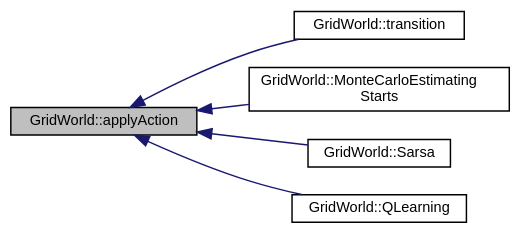
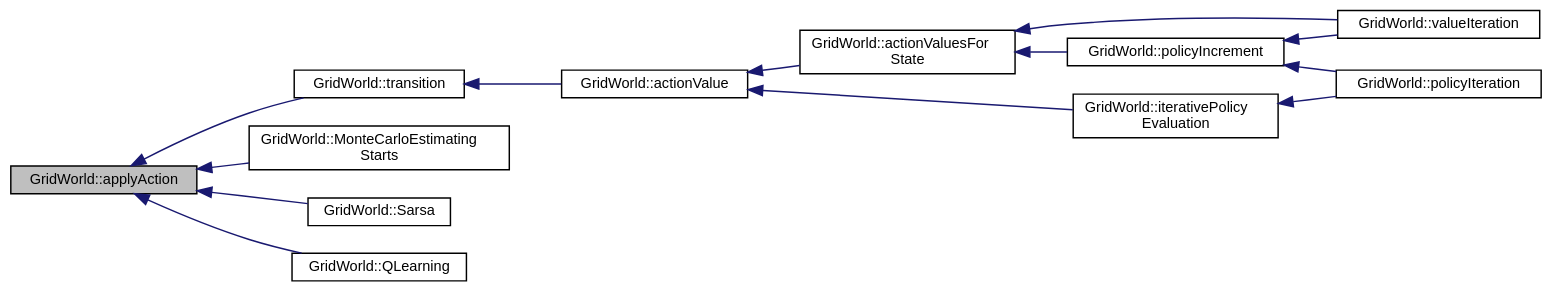
The diagram in docs/classGridWorld_aee5066a1ae4ad067c4ac846c6ed15dea_icgraph.dot (douglasrizzo/machine_learning), drawn with Graphviz before and after one commit. The commit also changed 393 other files, not shown here.

```diff
--- a/docs/classGridWorld_aee5066a1ae4ad067c4ac846c6ed15dea_icgraph.dot
+++ b/docs/classGridWorld_aee5066a1ae4ad067c4ac846c6ed15dea_icgraph.dot
@@ -1,16 +1,30 @@
 digraph "GridWorld::applyAction"
 {
   bgcolor="transparent";
   edge [fontname="Helvetica",fontsize="10",labelfontname="Helvetica",labelfontsize="10"];
   node [fontname="Helvetica",fontsize="10",shape=record];
   rankdir="LR";
-  Node6 [label="GridWorld::applyAction",height=0.2,width=0.4,color="black", fillcolor="grey75", style="filled", fontcolor="black"];
-  Node6 -> Node7 [dir="back",color="midnightblue",fontsize="10",style="solid",fontname="Helvetica"];
-  Node7 [label="GridWorld::transition",height=0.2,width=0.4,color="black",URL="$classGridWorld.html#aaf8d964cddf2d838737d0707481ad792",tooltip="Returns the transition probability to nextState, given currentState and action "];
-  Node6 -> Node8 [dir="back",color="midnightblue",fontsize="10",style="solid",fontname="Helvetica"];
-  Node8 [label="GridWorld::MonteCarloEstimating\lStarts",height=0.2,width=0.4,color="black",URL="$classGridWorld.html#a03586ebfa410ea0617103c70ce5b08cb",tooltip="Monte Carlo Estimating Starts algorithm for finding an optimal policy. "];
-  Node6 -> Node9 [dir="back",color="midnightblue",fontsize="10",style="solid",fontname="Helvetica"];
-  Node9 [label="GridWorld::Sarsa",height=0.2,width=0.4,color="black",URL="$classGridWorld.html#ad1c7b6d4e864ef8e8aca9163c2d8cd86",tooltip="Temporal difference method for finding the optimal policy using SARSA. "];
-  Node6 -> Node10 [dir="back",color="midnightblue",fontsize="10",style="solid",fontname="Helvetica"];
-  Node10 [label="GridWorld::QLearning",height=0.2,width=0.4,color="black",URL="$classGridWorld.html#abdbd7b78344fe0db7dbdd4f55d8ace70",tooltip="Temporal difference method for finding the optimal policy using Q-Learning. "];
+  Node26 [label="GridWorld::applyAction",height=0.2,width=0.4,color="black", fillcolor="grey75", style="filled", fontcolor="black"];
+  Node26 -> Node27 [dir="back",color="midnightblue",fontsize="10",style="solid",fontname="Helvetica"];
+  Node27 [label="GridWorld::transition",height=0.2,width=0.4,color="black",URL="$classGridWorld.html#aaf8d964cddf2d838737d0707481ad792",tooltip="Returns the transition probability to nextState, given currentState and action "];
+  Node27 -> Node28 [dir="back",color="midnightblue",fontsize="10",style="solid",fontname="Helvetica"];
+  Node28 [label="GridWorld::actionValue",height=0.2,width=0.4,color="black",URL="$classGridWorld.html#afb39acf3fcb5c3f62adea9668a035445",tooltip="Gets the q value of action a on state s "];
+  Node28 -> Node29 [dir="back",color="midnightblue",fontsize="10",style="solid",fontname="Helvetica"];
+  Node29 [label="GridWorld::actionValuesFor\lState",height=0.2,width=0.4,color="black",URL="$classGridWorld.html#ab2473dfcba808923e74ef5e41c815293",tooltip="Gets the q values of all actions for a given state. "];
+  Node29 -> Node30 [dir="back",color="midnightblue",fontsize="10",style="solid",fontname="Helvetica"];
+  Node30 [label="GridWorld::policyIncrement",height=0.2,width=0.4,color="black",URL="$classGridWorld.html#a5b720f7017beff840503f77c25da2586",tooltip="Creates a new policy for a given state giving preference to the actions with maximum value..."];
+  Node30 -> Node31 [dir="back",color="midnightblue",fontsize="10",style="solid",fontname="Helvetica"];
+  Node31 [label="GridWorld::policyIteration",height=0.2,width=0.4,color="black",URL="$classGridWorld.html#add6d00c0d2eec4d16706a19b0527bba5",tooltip="Policy iteration method. "];
+  Node30 -> Node32 [dir="back",color="midnightblue",fontsize="10",style="solid",fontname="Helvetica"];
+  Node32 [label="GridWorld::valueIteration",height=0.2,width=0.4,color="black",URL="$classGridWorld.html#a0d5cada9fc611efc747722223c97e8e5",tooltip="Value iteration method. "];
+  Node29 -> Node32 [dir="back",color="midnightblue",fontsize="10",style="solid",fontname="Helvetica"];
+  Node28 -> Node33 [dir="back",color="midnightblue",fontsize="10",style="solid",fontname="Helvetica"];
+  Node33 [label="GridWorld::iterativePolicy\lEvaluation",height=0.2,width=0.4,color="black",URL="$classGridWorld.html#a5ee28286d5b619b0cf046b83f7d8ee7c",tooltip="Iterative policy evaluation implemented as decribed in Sutton and Barto, 2017. "];
+  Node33 -> Node31 [dir="back",color="midnightblue",fontsize="10",style="solid",fontname="Helvetica"];
+  Node26 -> Node34 [dir="back",color="midnightblue",fontsize="10",style="solid",fontname="Helvetica"];
+  Node34 [label="GridWorld::MonteCarloEstimating\lStarts",height=0.2,width=0.4,color="black",URL="$classGridWorld.html#a03586ebfa410ea0617103c70ce5b08cb",tooltip="Monte Carlo Estimating Starts algorithm for finding an optimal policy. "];
+  Node26 -> Node35 [dir="back",color="midnightblue",fontsize="10",style="solid",fontname="Helvetica"];
+  Node35 [label="GridWorld::Sarsa",height=0.2,width=0.4,color="black",URL="$classGridWorld.html#ad1c7b6d4e864ef8e8aca9163c2d8cd86",tooltip="Temporal difference method for finding the optimal policy using SARSA. "];
+  Node26 -> Node36 [dir="back",color="midnightblue",fontsize="10",style="solid",fontname="Helvetica"];
+  Node36 [label="GridWorld::QLearning",height=0.2,width=0.4,color="black",URL="$classGridWorld.html#abdbd7b78344fe0db7dbdd4f55d8ace70",tooltip="Temporal difference method for finding the optimal policy using Q-Learning. "];
 }
```
